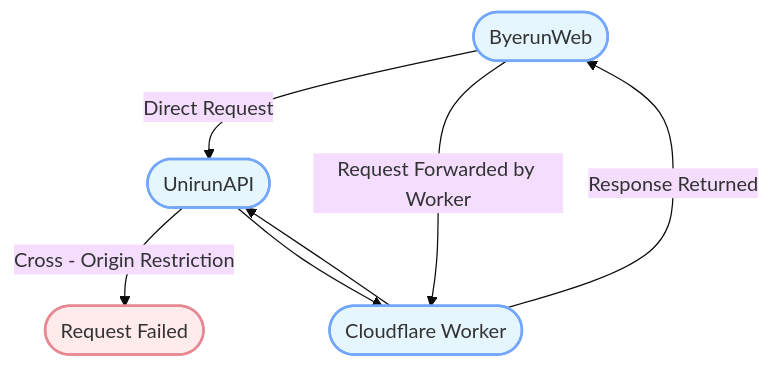
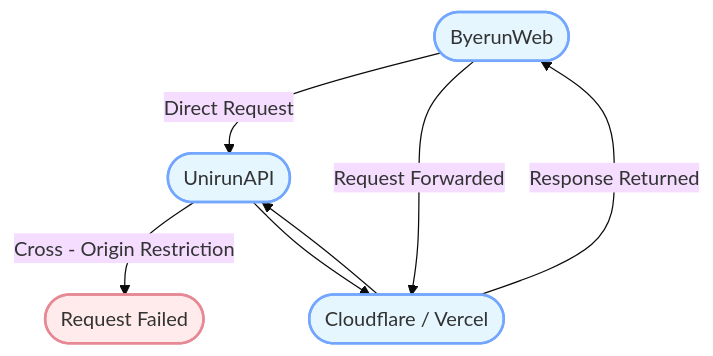
Before and after one commit to yanyaoli/byerun-web: the diagram in README.md, drawn with Mermaid (base theme). The commit also changed other lines of this file and 1 other file, not shown here.

````diff
--- a/README.md
+++ b/README.md
@@ -62,21 +65,21 @@
 ```mermaid
 graph TD;
 
     classDef process fill:#E5F6FF,stroke:#73A6FF,stroke-width:2px;
 
     classDef error fill:#FFEBEB,stroke:#E68994,stroke-width:2px;
 
 
 
     A([ByerunWeb]):::process -->|Direct Request| U([UnirunAPI]):::process
 
     U --> |Cross - Origin Restriction| E([Request Failed]):::error
 
-    A -->|Request Forwarded by Worker| C([Cloudflare Worker]):::process
+    A -->|Request Forwarded | C([Cloudflare / Vercel]):::process
 
     C --> U
 
     U --> C
 
     C --> |Response Returned| A
 ```
````
